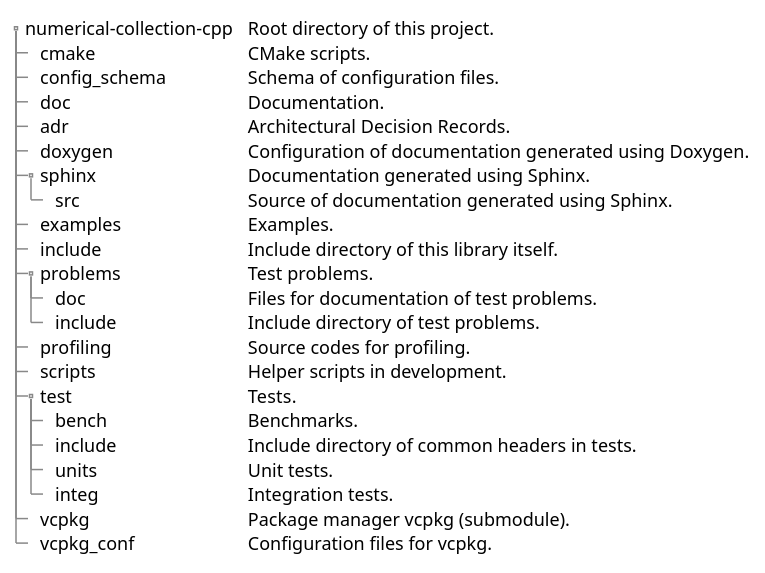
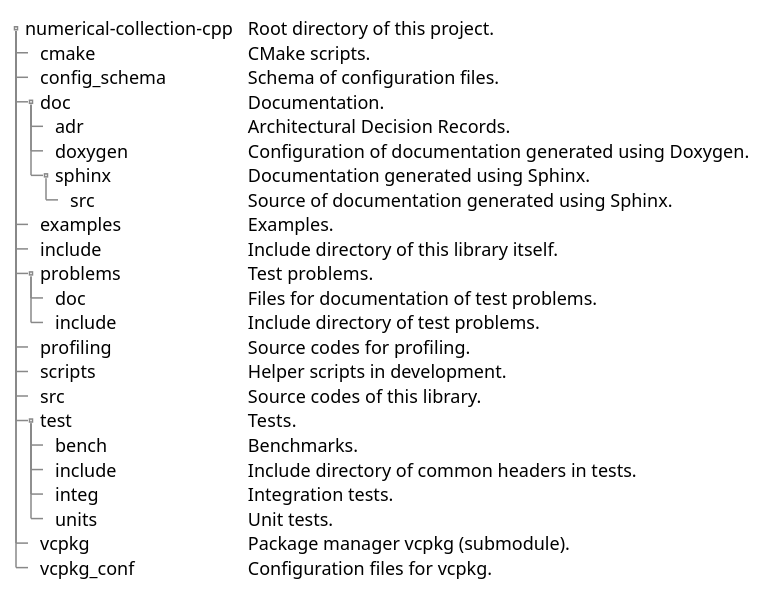
One commit to MusicScience37/numerical-collection-cpp changed the diagram in doc/sphinx/src/directories.rst. Above: the diagram before and after it, drawn with PlantUML. The commit also changed 5 other files, not shown here.

```diff
--- a/doc/sphinx/src/directories.rst
+++ b/doc/sphinx/src/directories.rst
@@ -4,30 +4,31 @@
 .. uml::
 
     @startsalt
     {
     {T
     + numerical-collection-cpp  | Root directory of this project.
     ++ cmake                    | CMake scripts.
     ++ config_schema            | Schema of configuration files.
     ++ doc                      | Documentation.
-    ++ adr                      | Architectural Decision Records.
-    ++ doxygen                  | Configuration of documentation generated using Doxygen.
-    ++ sphinx                   | Documentation generated using Sphinx.
-    +++ src                     | Source of documentation generated using Sphinx.
+    +++ adr                     | Architectural Decision Records.
+    +++ doxygen                 | Configuration of documentation generated using Doxygen.
+    +++ sphinx                  | Documentation generated using Sphinx.
+    ++++ src                    | Source of documentation generated using Sphinx.
     ++ examples                 | Examples.
     ++ include                  | Include directory of this library itself.
     ++ problems                 | Test problems.
     +++ doc                     | Files for documentation of test problems.
     +++ include                 | Include directory of test problems.
     ++ profiling                | Source codes for profiling.
     ++ scripts                  | Helper scripts in development.
+    ++ src                      | Source codes of this library.
     ++ test                     | Tests.
     +++ bench                   | Benchmarks.
     +++ include                 | Include directory of common headers in tests.
+    +++ integ                   | Integration tests.
     +++ units                   | Unit tests.
-    +++ integ                   | Integration tests.
     ++ vcpkg                    | Package manager vcpkg (submodule).
     ++ vcpkg_conf               | Configuration files for vcpkg.
     }
     }
     @endsalt
```
